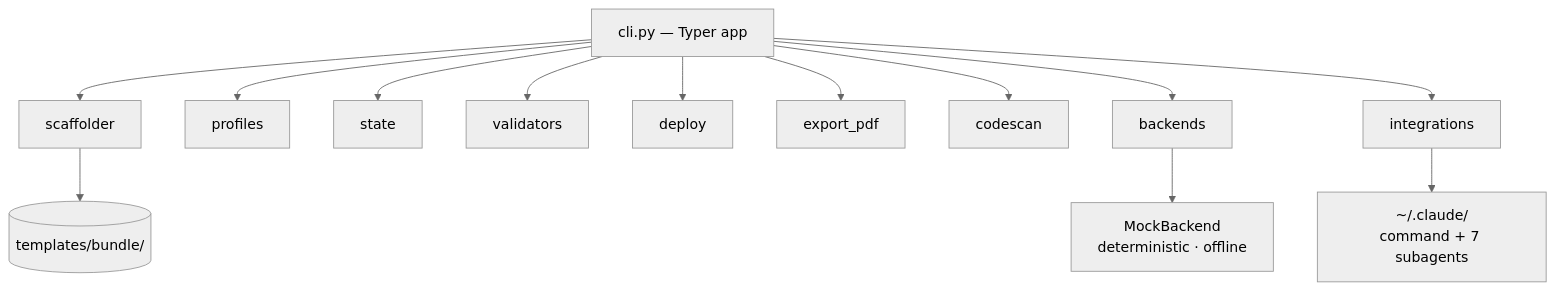
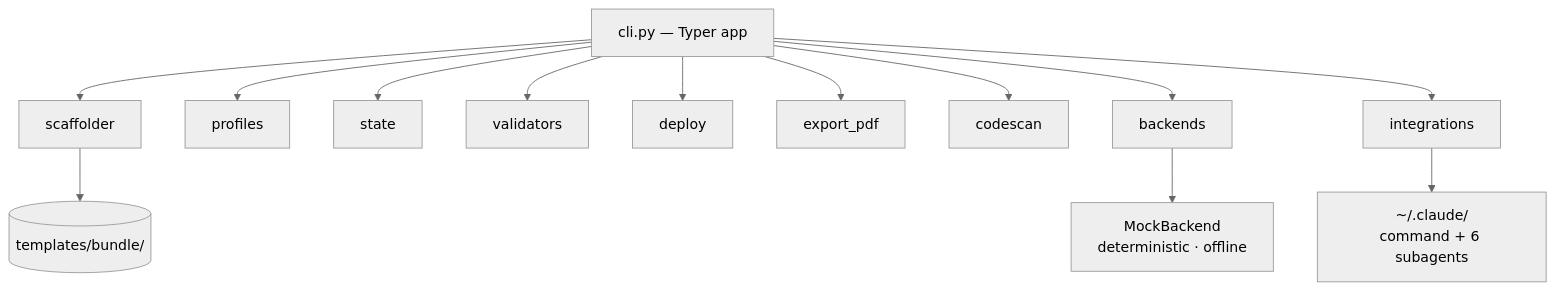
The ninth of 9 diagrams in README.md (chiperi/spec-forge), drawn with Mermaid (neutral theme) before and after one commit. The commit also changed other lines of this file and 12 other files, not shown here.

````diff
--- a/README.md
+++ b/README.md
@@ -456,16 +459,16 @@
 ```mermaid
 flowchart TB
     cli["cli.py — Typer app"]
     cli --> scaffolder
     cli --> profiles
     cli --> state
     cli --> validators
     cli --> deploy
     cli --> export_pdf
     cli --> codescan
     cli --> backends
     cli --> integrations
     scaffolder --> tpl[("templates/bundle/")]
     backends --> mock["MockBackend<br/>deterministic · offline"]
-    integrations --> claude["~/.claude/<br/>command + 7 subagents"]
+    integrations --> claude["~/.claude/<br/>command + 6 subagents"]
 ```
````
